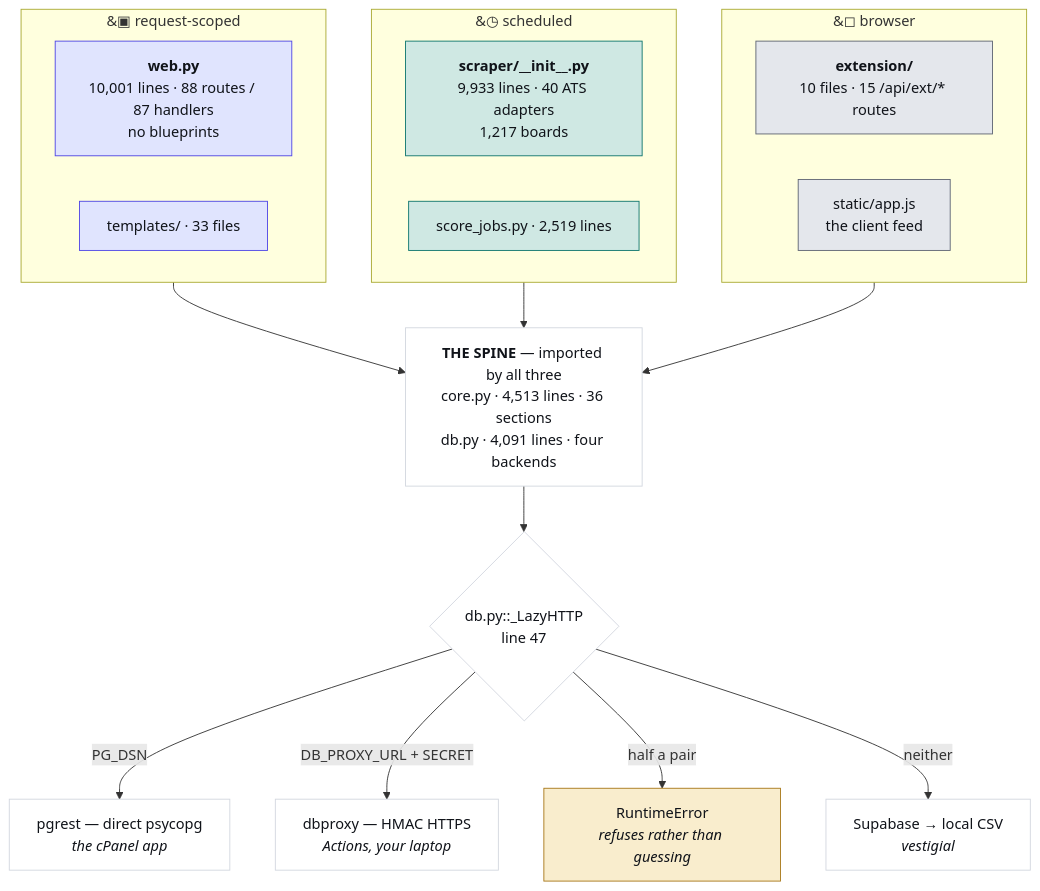
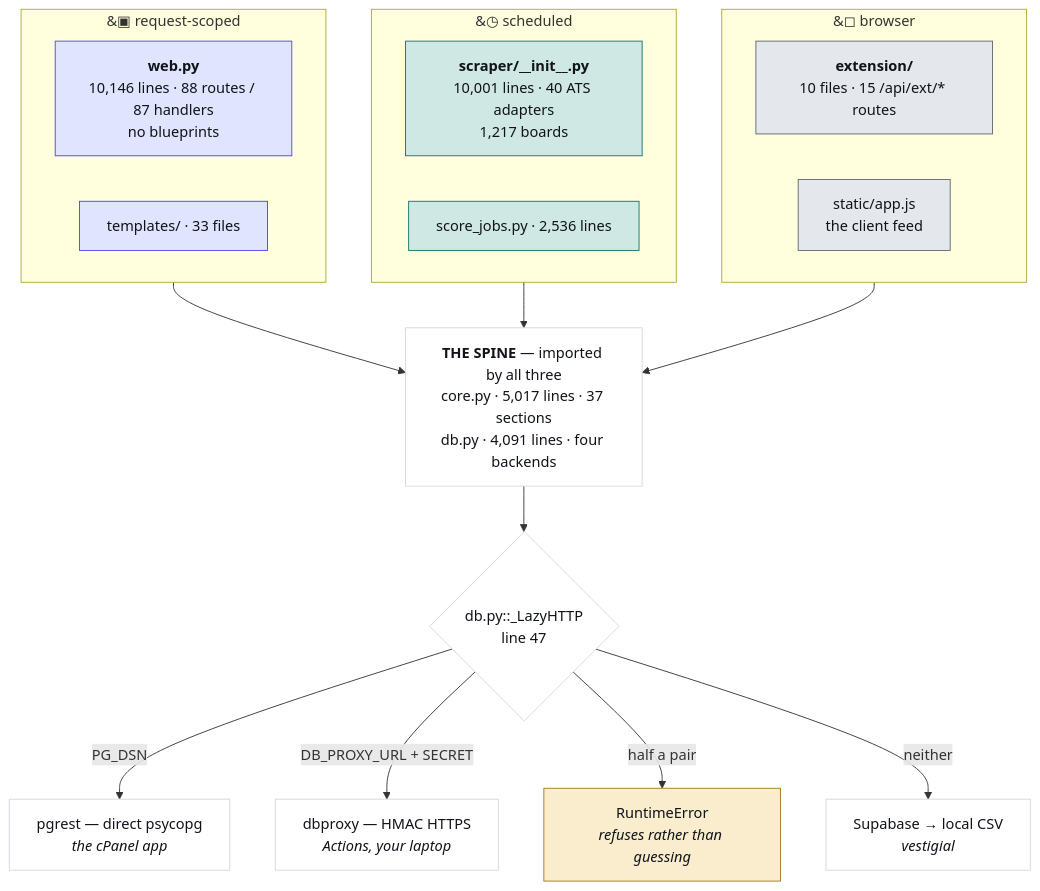
Before and after one commit to hadakunal909-debug/job-search-tool: the first of 4 diagrams in JobMatch Scraper/docs/ARCHITECTURE.md, drawn with Mermaid. The commit also changed other lines of this file and 30 other files, not shown here.

````diff
--- a/JobMatch Scraper/docs/ARCHITECTURE.md
+++ b/JobMatch Scraper/docs/ARCHITECTURE.md
@@ -45,34 +45,34 @@
 ```mermaid
 flowchart TB
   subgraph REQ["&#9635; request-scoped"]
-    W["<b>web.py</b><br/>10,001 lines · 88 routes / 87 handlers<br/>no blueprints"]
+    W["<b>web.py</b><br/>10,146 lines · 88 routes / 87 handlers<br/>no blueprints"]
     T["templates/ · 33 files"]
   end
   subgraph SCH["&#9719; scheduled"]
-    S["<b>scraper/__init__.py</b><br/>9,933 lines · 40 ATS adapters<br/>1,217 boards"]
-    J["score_jobs.py · 2,519 lines"]
+    S["<b>scraper/__init__.py</b><br/>10,001 lines · 40 ATS adapters<br/>1,217 boards"]
+    J["score_jobs.py · 2,536 lines"]
   end
   subgraph CLI["&#9723; browser"]
     E["<b>extension/</b><br/>10 files · 15 /api/ext/* routes"]
     A["static/app.js<br/>the client feed"]
   end
-  SPINE["<b>THE SPINE</b> — imported by all three<br/>core.py · 4,513 lines · 36 sections<br/>db.py · 4,091 lines · four backends"]
+  SPINE["<b>THE SPINE</b> — imported by all three<br/>core.py · 5,017 lines · 37 sections<br/>db.py · 4,091 lines · four backends"]
   REQ --> SPINE
   SCH --> SPINE
   CLI --> SPINE
   SPINE --> D{"db.py::_LazyHTTP<br/>line 47"}
   D -->|"PG_DSN"| P["pgrest — direct psycopg<br/><i>the cPanel app</i>"]
   D -->|"DB_PROXY_URL + SECRET"| X["dbproxy — HMAC HTTPS<br/><i>Actions, your laptop</i>"]
   D -->|"half a pair"| R["RuntimeError<br/><i>refuses rather than guessing</i>"]
   D -->|"neither"| V["Supabase → local CSV<br/><i>vestigial</i>"]
   classDef web fill:#e0e4fe,stroke:#4f46e5,color:#101319
   classDef sched fill:#cfe8e3,stroke:#0f766e,color:#101319
   classDef client fill:#e4e7ec,stroke:#5f6573,color:#101319
   classDef trap fill:#f9edcd,stroke:#a8781a,color:#101319
   classDef plain fill:#ffffff,stroke:#d3d7df,color:#101319
   class W,T web
   class S,J sched
   class E,A client
   class R trap
   class SPINE,D,P,X,V plain
 ```
````
